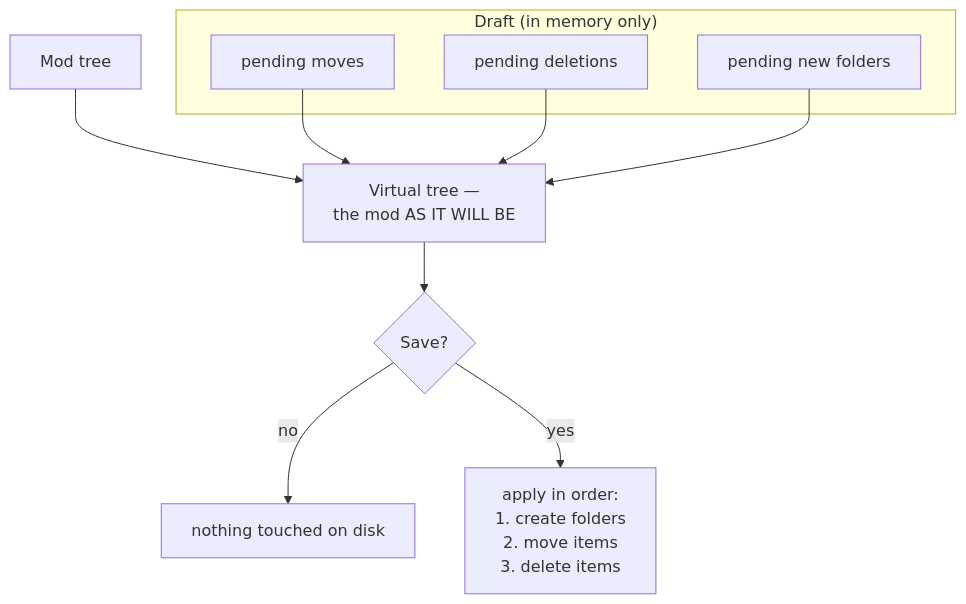
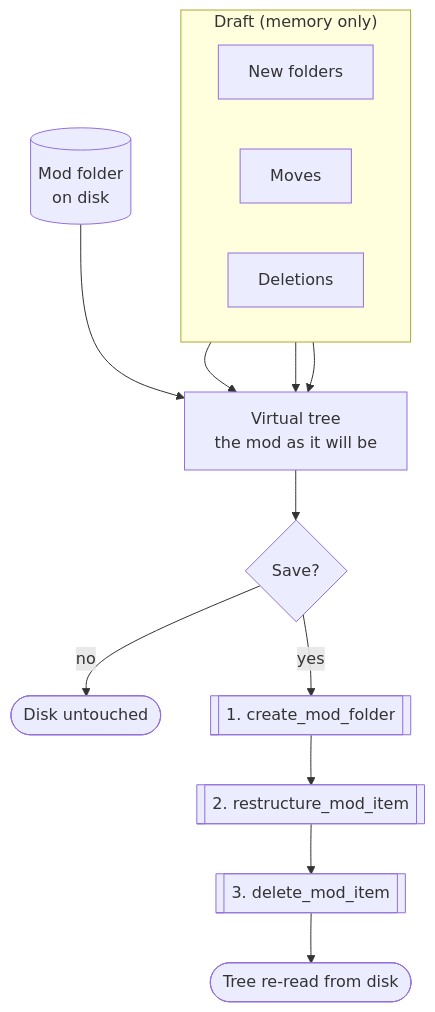
Before and after one commit to FreeProject089/BetterModsManager: the diagram in frontend/assets/docs/en/how-it-works/mapper.md, drawn with Mermaid. The commit also changed other lines of this file and 176 other files, not shown here.

````diff
--- a/frontend/assets/docs/en/how-it-works/mapper.md
+++ b/frontend/assets/docs/en/how-it-works/mapper.md
@@ -58,15 +58,19 @@
 ```mermaid
-flowchart TB
-    subgraph Draft["Draft (in memory only)"]
-        MV["pending moves"]
-        DEL["pending deletions"]
-        NEW["pending new folders"]
+flowchart TD
+    subgraph DRAFT["Draft (memory only)"]
+        direction LR
+        NEW["New folders"]
+        MV["Moves"]
+        DEL["Deletions"]
     end
-    TREE["Mod tree"] --> VIRT["Virtual tree —<br/>the mod AS IT WILL BE"]
+    TREE[("Mod folder<br/>on disk")] --> VIRT["Virtual tree<br/>the mod as it will be"]
+    NEW --> VIRT
     MV --> VIRT
     DEL --> VIRT
-    NEW --> VIRT
     VIRT --> SAVE{"Save?"}
-    SAVE -- "no" --> DISCARD["nothing touched on disk"]
-    SAVE -- "yes" --> APPLY["apply in order:<br/>1. create folders<br/>2. move items<br/>3. delete items"]
+    SAVE -- "no" --> KEEP(["Disk untouched"])
+    SAVE -- "yes" --> C1[["1. create_mod_folder"]]
+    C1 --> C2[["2. restructure_mod_item"]]
+    C2 --> C3[["3. delete_mod_item"]]
+    C3 --> REREAD(["Tree re-read from disk"])
 ```
````
